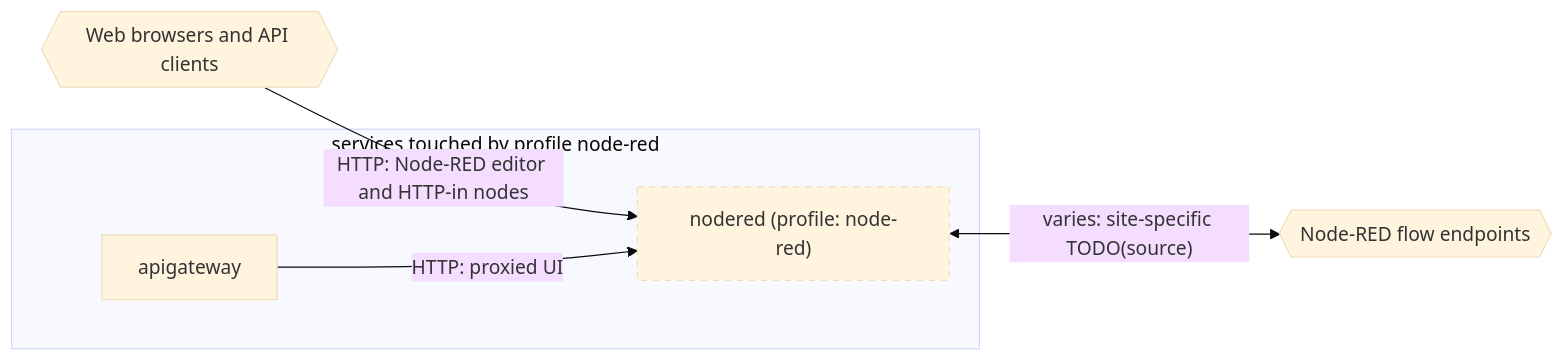
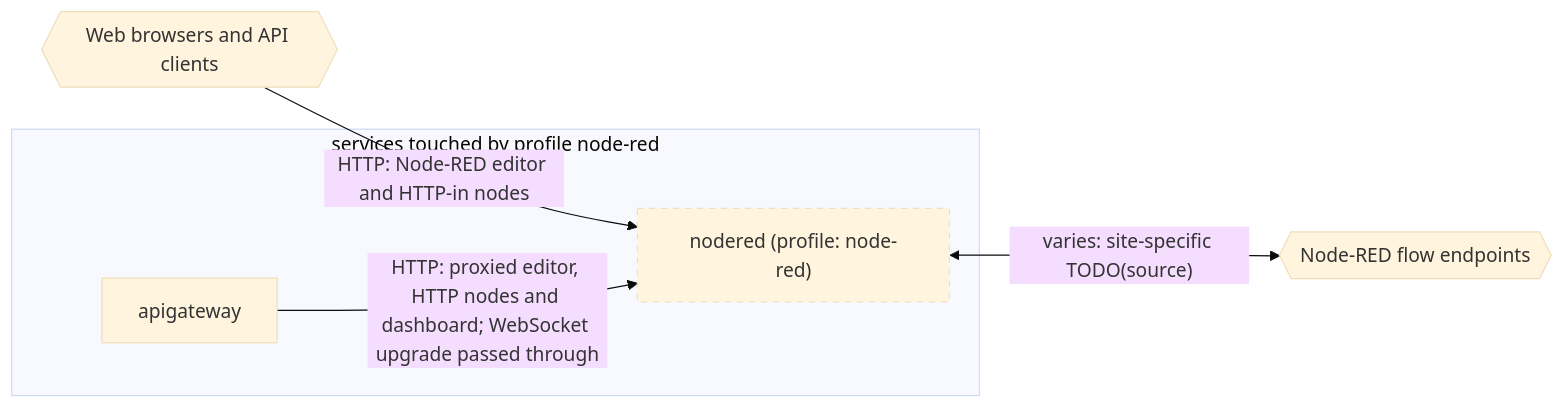
One commit to pacefactory/deployment-scripts changed the diagram in docs/architecture/profiles/node-red.md. Above: the diagram before and after it, drawn with Mermaid (base theme). The commit also changed other lines of this file and 84 other files, not shown here.

First line of the commit message:
docs: record apigateway flows and add a SessionStart hook for web sessions

````diff
--- a/docs/architecture/profiles/node-red.md
+++ b/docs/architecture/profiles/node-red.md
@@ -71,14 +71,14 @@
 ```mermaid
 flowchart LR
   classDef optional stroke-dasharray: 5 5
   subgraph deployment["services touched by profile node-red"]
     nodered["nodered (profile: node-red)"]
     apigateway["apigateway"]
   end
   ext_web_clients{{"Web browsers and API clients"}}
   ext_nodered_endpoints{{"Node-RED flow endpoints"}}
   ext_web_clients -->|"HTTP: Node-RED editor and HTTP-in nodes"| nodered
-  apigateway -->|"HTTP: proxied UI"| nodered
+  apigateway -->|"HTTP: proxied editor, HTTP nodes and dashboard; WebSocket upgrade passed through"| nodered
   nodered <-->|"varies: site-specific TODO(source)"| ext_nodered_endpoints
   class nodered optional
 ```
````
